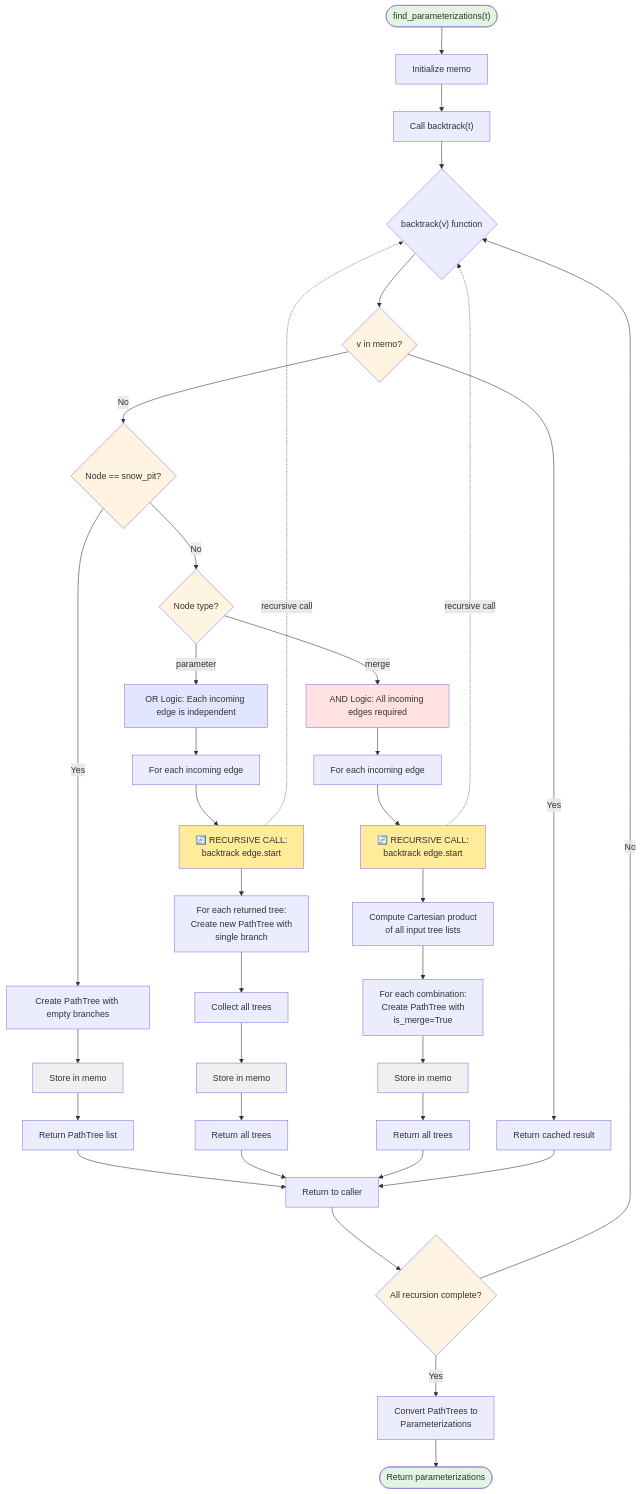
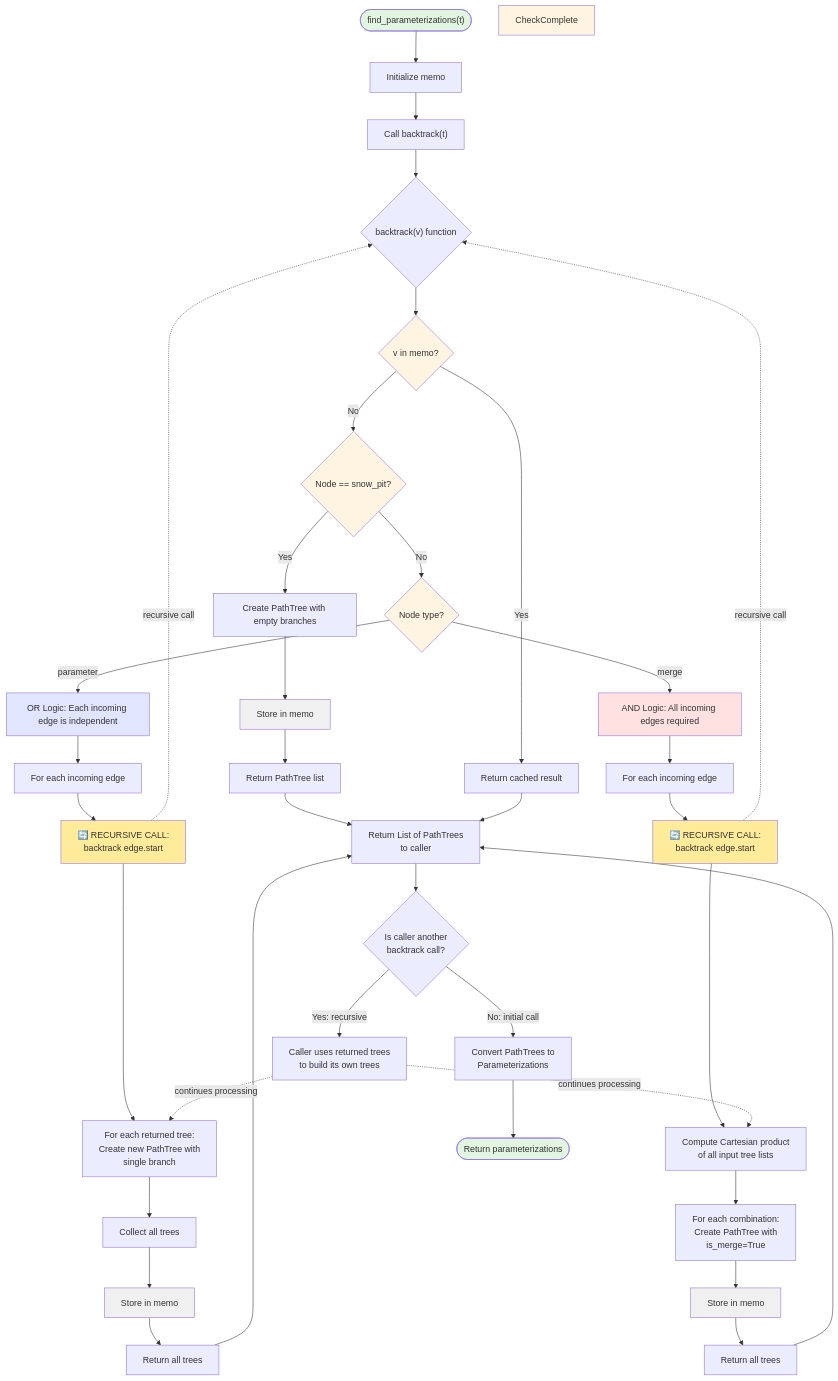
The diagram in algorithm/algorithm_flowchart.md (connellymk/SnowPyt-MechParams), drawn with Mermaid before and after one commit. The commit also changed other lines of this file, not shown here.

````diff
--- a/algorithm/algorithm_flowchart.md
+++ b/algorithm/algorithm_flowchart.md
@@ -5,60 +5,62 @@
 ```mermaid
 flowchart TD
     Start(["find_parameterizations(t)"]) --> Init[Initialize memo]
     Init --> CallBacktrack["Call backtrack(t)"]
     
     CallBacktrack --> Backtrack{"backtrack(v) function"}
     
     Backtrack --> CheckMemo{v in memo?}
     CheckMemo -->|Yes| ReturnCached[Return cached result]
     CheckMemo -->|No| CheckBase{Node == snow_pit?}
     
     CheckBase -->|Yes| BaseCase[Create PathTree with empty branches]
     BaseCase --> StoreMemo1[Store in memo]
     StoreMemo1 --> Return1[Return PathTree list]
     
     CheckBase -->|No| CheckType{Node type?}
     
     CheckType -->|parameter| ParamLogic[OR Logic: Each incoming edge is independent]
     CheckType -->|merge| MergeLogic[AND Logic: All incoming edges required]
     
     ParamLogic --> LoopEdges[For each incoming edge]
     LoopEdges --> RecurseParam[🔄 RECURSIVE CALL:<br/>backtrack edge.start]
     RecurseParam -.->|recursive call| Backtrack
     RecurseParam --> CreateParamTree[For each returned tree:<br/>Create new PathTree with<br/>single branch]
     CreateParamTree --> CollectParam[Collect all trees]
     CollectParam --> StoreMemo2[Store in memo]
     StoreMemo2 --> Return2[Return all trees]
     
     MergeLogic --> GetInputs[For each incoming edge]
     GetInputs --> RecurseMerge[🔄 RECURSIVE CALL:<br/>backtrack edge.start]
     RecurseMerge -.->|recursive call| Backtrack
     RecurseMerge --> Cartesian[Compute Cartesian product<br/>of all input tree lists]
     Cartesian --> CreateMergeTrees[For each combination:<br/>Create PathTree with<br/>is_merge=True]
     CreateMergeTrees --> StoreMemo3[Store in memo]
     StoreMemo3 --> Return3[Return all trees]
     
     Return1 --> BackToMain
     Return2 --> BackToMain
     Return3 --> BackToMain
     ReturnCached --> BackToMain
     
-    BackToMain[Return to caller] --> CheckComplete{All recursion complete?}
-    CheckComplete -->|No| Backtrack
-    CheckComplete -->|Yes| ConvertTrees[Convert PathTrees to<br/>Parameterizations]
+    BackToMain[Return List of PathTrees<br/>to caller] --> CheckCaller{Is caller another<br/>backtrack call?}
+    CheckCaller -->|Yes: recursive| UseInParent[Caller uses returned trees<br/>to build its own trees]
+    UseInParent -.->|continues processing| CreateParamTree
+    UseInParent -.->|continues processing| Cartesian
+    CheckCaller -->|No: initial call| ConvertTrees[Convert PathTrees to<br/>Parameterizations]
     ConvertTrees --> End([Return parameterizations])
     
     style Start fill:#e1f5e1
     style End fill:#e1f5e1
     style CheckMemo fill:#fff4e1
     style CheckBase fill:#fff4e1
     style CheckType fill:#fff4e1
     style CheckComplete fill:#fff4e1
     style ParamLogic fill:#e1e5ff
     style MergeLogic fill:#ffe1e1
     style StoreMemo1 fill:#f0f0f0
     style StoreMemo2 fill:#f0f0f0
     style StoreMemo3 fill:#f0f0f0
     style RecurseParam fill:#ffeb99
     style RecurseMerge fill:#ffeb99
 ```
````
